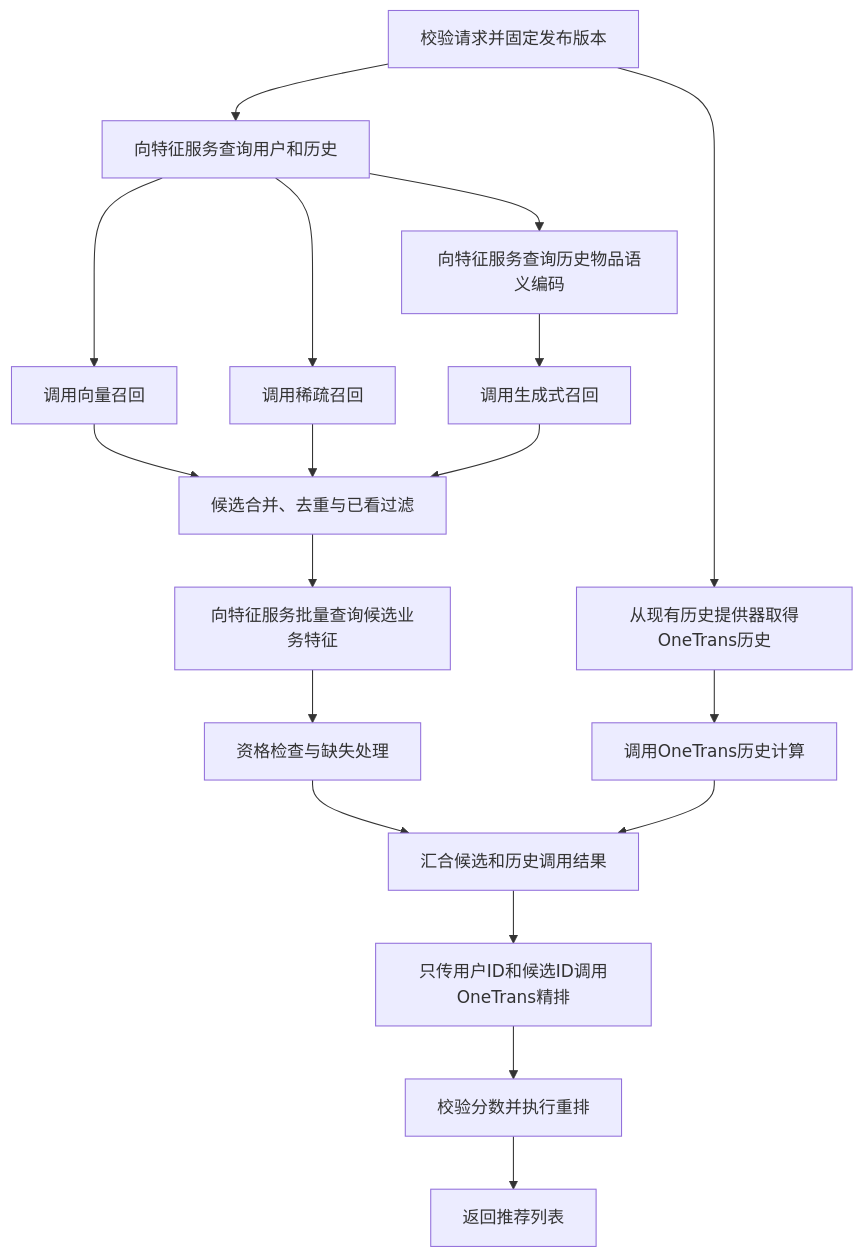
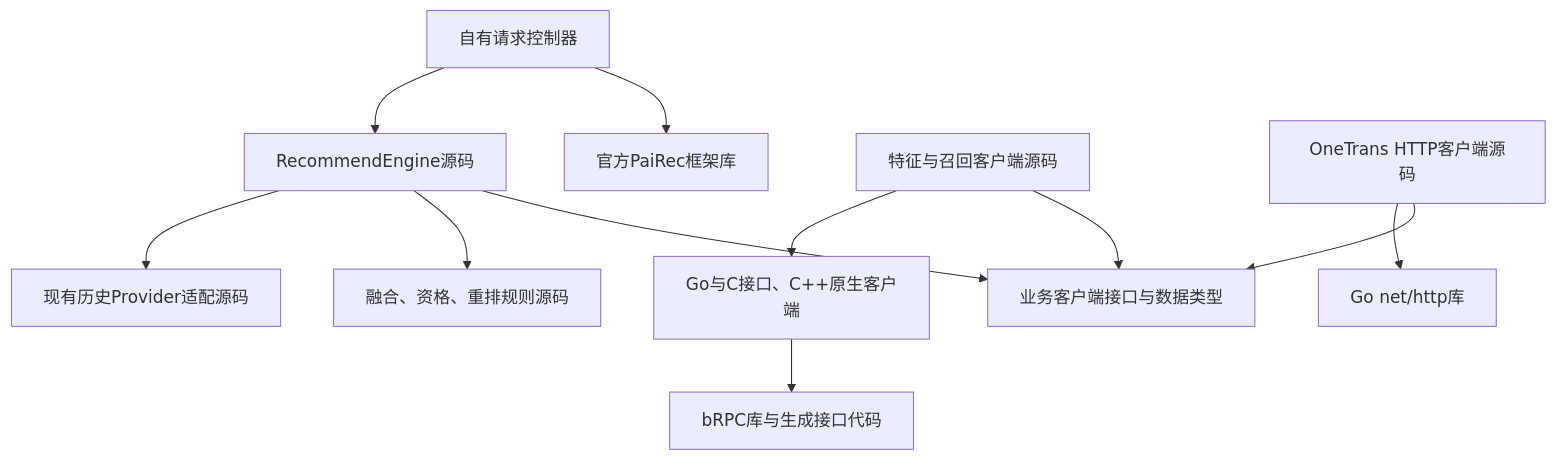
Before and after one commit to bitianyuan123/docs: the second of 5 diagrams in 03_pairec_orchestration.md, drawn with Mermaid. The commit also changed other lines of this file and 141 other files, not shown here.

Commit message:
docs: audit module views and analyze PaiRec OneTrans Redis workloads

````diff
--- a/03_pairec_orchestration.md
+++ b/03_pairec_orchestration.md
@@ -41,20 +86,13 @@
 ```mermaid
 flowchart TB
-    Input[校验请求并固定发布版本] --> User[向特征服务查询用户和历史]
-    User --> Vector[调用向量召回]
-    User --> Sparse[调用稀疏召回]
-    User --> Semantic[向特征服务查询历史物品语义编码]
-    Semantic --> Generate[调用生成式召回]
-    Input --> History[从现有历史提供器取得OneTrans历史]
-    History --> Ingest[调用OneTrans历史计算]
-    Vector --> Fuse[候选合并、去重与已看过滤]
-    Sparse --> Fuse
-    Generate --> Fuse
-    Fuse --> Items[向特征服务批量查询候选业务特征]
-    Items --> Filter[资格检查与缺失处理]
-    Filter --> Join[汇合候选和历史调用结果]
-    Ingest --> Join
-    Join --> Rank[只传用户ID和候选ID调用OneTrans精排]
-    Rank --> Post[校验分数并执行重排]
-    Post --> Return[返回推荐列表]
+    Controller[自有请求控制器] --> Framework[官方PaiRec框架库]
+    Controller --> Engine[RecommendEngine源码]
+    Engine --> Contracts[业务客户端接口与数据类型]
+    Engine --> Rules[融合、资格、重排规则源码]
+    Engine --> Provider[现有历史Provider适配源码]
+    Adapters[特征与召回客户端源码] --> Contracts
+    Adapters --> Native[Go与C接口、C++原生客户端]
+    Native --> Brpc[bRPC库与生成接口代码]
+    OneTrans[OneTrans HTTP客户端源码] --> Contracts
+    OneTrans --> Http[Go net/http库]
 ```
````
